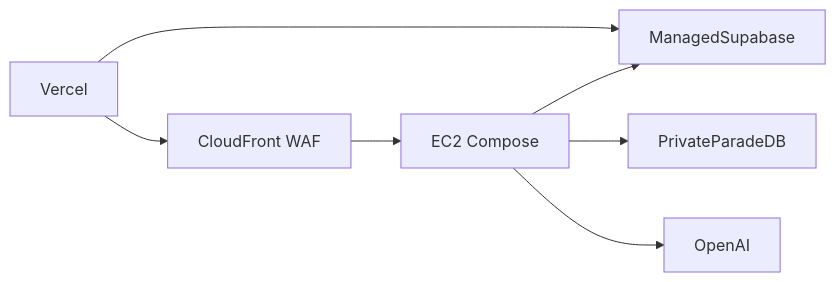
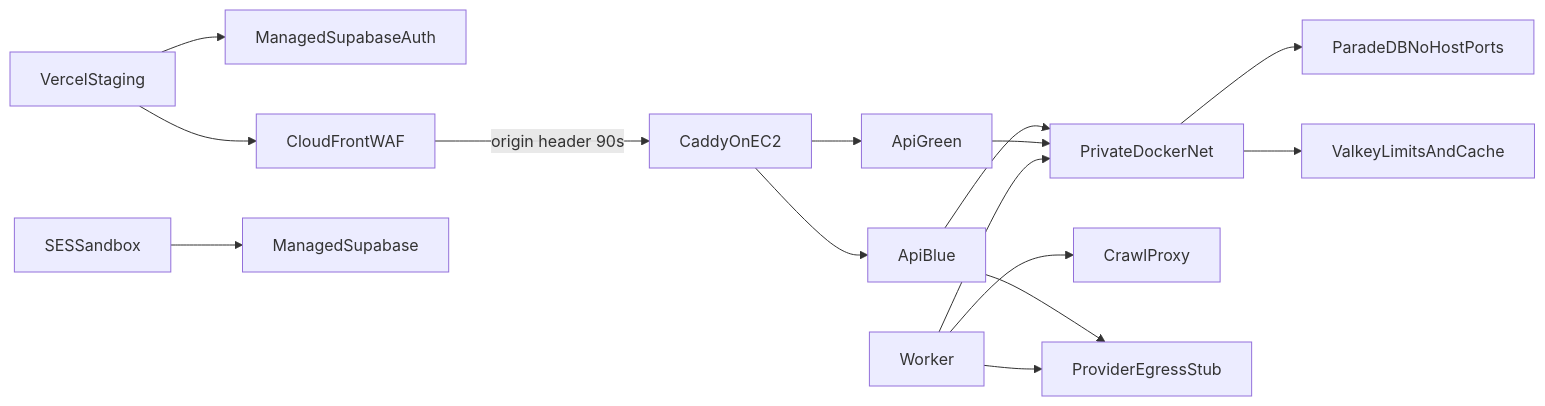
One commit to Nagdy8888/smart-rag changed the diagram in docs/architecture/04-deployment.md. Above: the diagram before and after it, drawn with Mermaid. The commit also changed other lines of this file and 40 other files, not shown here.

````diff
--- a/docs/architecture/04-deployment.md
+++ b/docs/architecture/04-deployment.md
@@ -27,9 +31,17 @@
 ```mermaid
 flowchart LR
-  vercel["Vercel"] --> cf["CloudFront WAF"]
-  cf --> ec2["EC2 Compose"]
-  vercel --> supabase["ManagedSupabase"]
-  ec2 --> supabase
-  ec2 --> parade["PrivateParadeDB"]
-  ec2 --> openai["OpenAI"]
+  vercel["VercelStaging"] --> supabaseAuth["ManagedSupabaseAuth"]
+  vercel --> cf["CloudFrontWAF"]
+  cf -->|"origin header 90s"| caddy["CaddyOnEC2"]
+  caddy --> blue["ApiBlue"]
+  caddy --> green["ApiGreen"]
+  blue --> privateNet["PrivateDockerNet"]
+  green --> privateNet
+  worker["Worker"] --> privateNet
+  privateNet --> pdb["ParadeDBNoHostPorts"]
+  privateNet --> valkey["ValkeyLimitsAndCache"]
+  worker --> crawl["CrawlProxy"]
+  blue --> egress["ProviderEgressStub"]
+  worker --> egress
+  ses["SESSandbox"] --> supabase["ManagedSupabase"]
 ```
````
